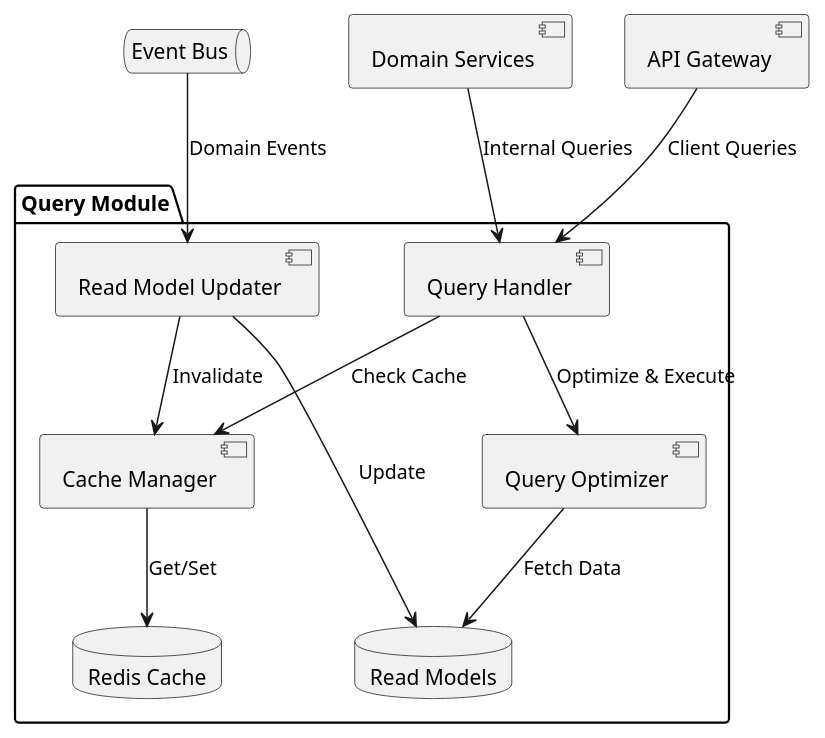
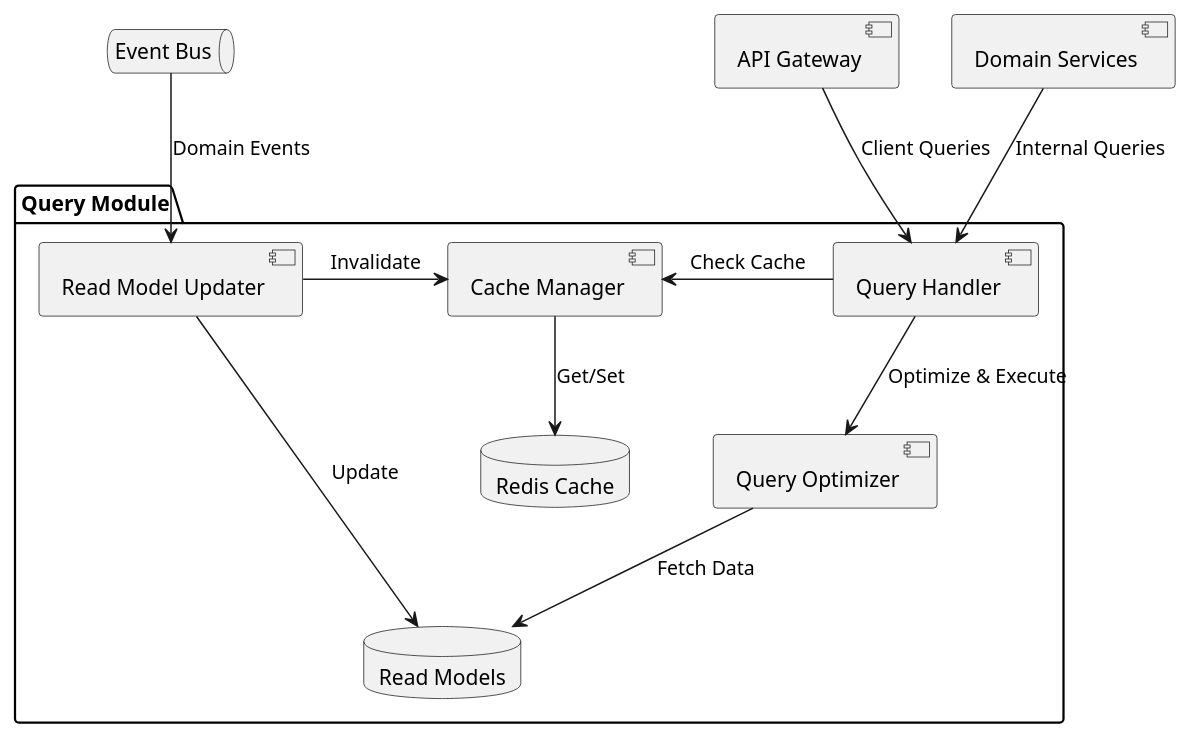
The fifth of 9 diagrams in finalproject-OGM/docs/architecture.md (Osguima3/AI4Devs-finalproject), drawn with PlantUML before and after one commit. The commit also changed other lines of this file and 1 other file, not shown here.

````diff
--- a/finalproject-OGM/docs/architecture.md
+++ b/finalproject-OGM/docs/architecture.md
@@ -454,29 +462,29 @@
 ```plantuml
 @startuml
 package "Query Module" {
     [Query Handler]
     [Cache Manager]
     [Read Model Updater]
     [Query Optimizer]
     database "Redis Cache"
     database "Read Models"
 }
 
 queue "Event Bus"
 [API Gateway]
 [Domain Services]
 
 [API Gateway] --> [Query Handler] : Client Queries
 [Domain Services] --> [Query Handler] : Internal Queries
 
-[Query Handler] --> [Cache Manager] : Check Cache
+[Query Handler] -left-> [Cache Manager] : Check Cache
 [Cache Manager] --> [Redis Cache] : Get/Set
 
 [Query Handler] --> [Query Optimizer] : Optimize & Execute
 [Query Optimizer] --> [Read Models] : Fetch Data
 
 [Event Bus] --> [Read Model Updater] : Domain Events
 [Read Model Updater] --> [Read Models] : Update
-[Read Model Updater] --> [Cache Manager] : Invalidate
+[Read Model Updater] -right-> [Cache Manager] : Invalidate
 @enduml
 ```
````
